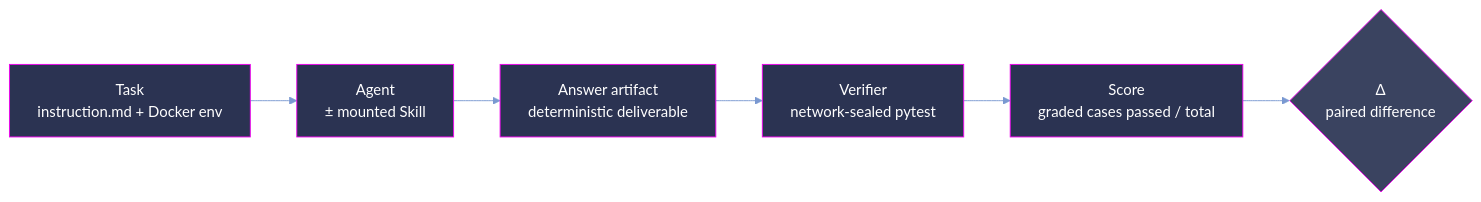
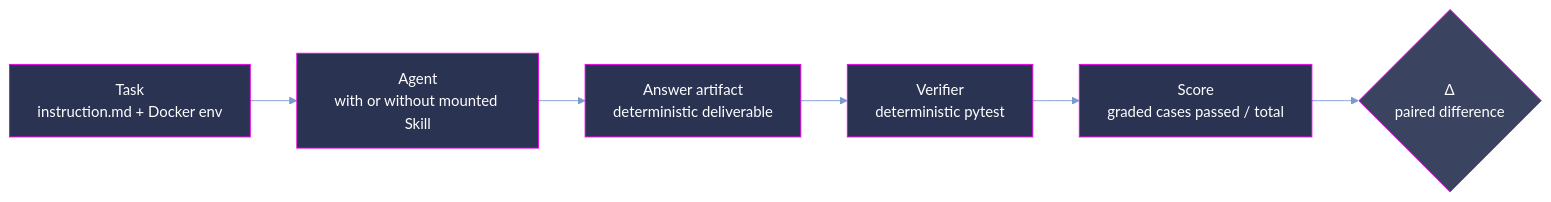
One commit to EtharaOrion/erza-samples changed the second of 2 diagrams in README.md. Above: the diagram before and after it, drawn with Mermaid. The commit also changed other lines of this file and 2 other files, not shown here.

````diff
--- a/README.md
+++ b/README.md
@@ -283,15 +214,15 @@
 ```mermaid
 %%{init: {'theme':'base','themeVariables':{'primaryColor':'#2b3352','primaryTextColor':'#ffffff','primaryBorderColor':'#7a99d1','lineColor':'#7a99d1','fontFamily':'DM Sans, Roboto, Segoe UI, sans-serif'}}}%%
 flowchart LR
-  A["Task<br/>instruction.md + Docker env"] --> B["Agent<br/>± mounted Skill"]
+  A["Task<br/>instruction.md + Docker env"] --> B["Agent<br/>with or without mounted Skill"]
   B --> C["Answer artifact<br/>deterministic deliverable"]
-  C --> D["Verifier<br/>network-sealed pytest"]
+  C --> D["Verifier<br/>deterministic pytest"]
   D --> E["Score<br/>graded cases passed / total"]
   E --> F{"Δ<br/>paired difference"}
   classDef sealed fill:#2b3352,stroke:#ee00ee,color:#ffffff;
   classDef node fill:#2b3352,stroke:#ee00ee,color:#ffffff;
   classDef gate fill:#3a4360,stroke:#ee00ee,color:#ffffff;
   class A,B,C,E node;
   class D sealed;
   class F gate;
 ```
````
